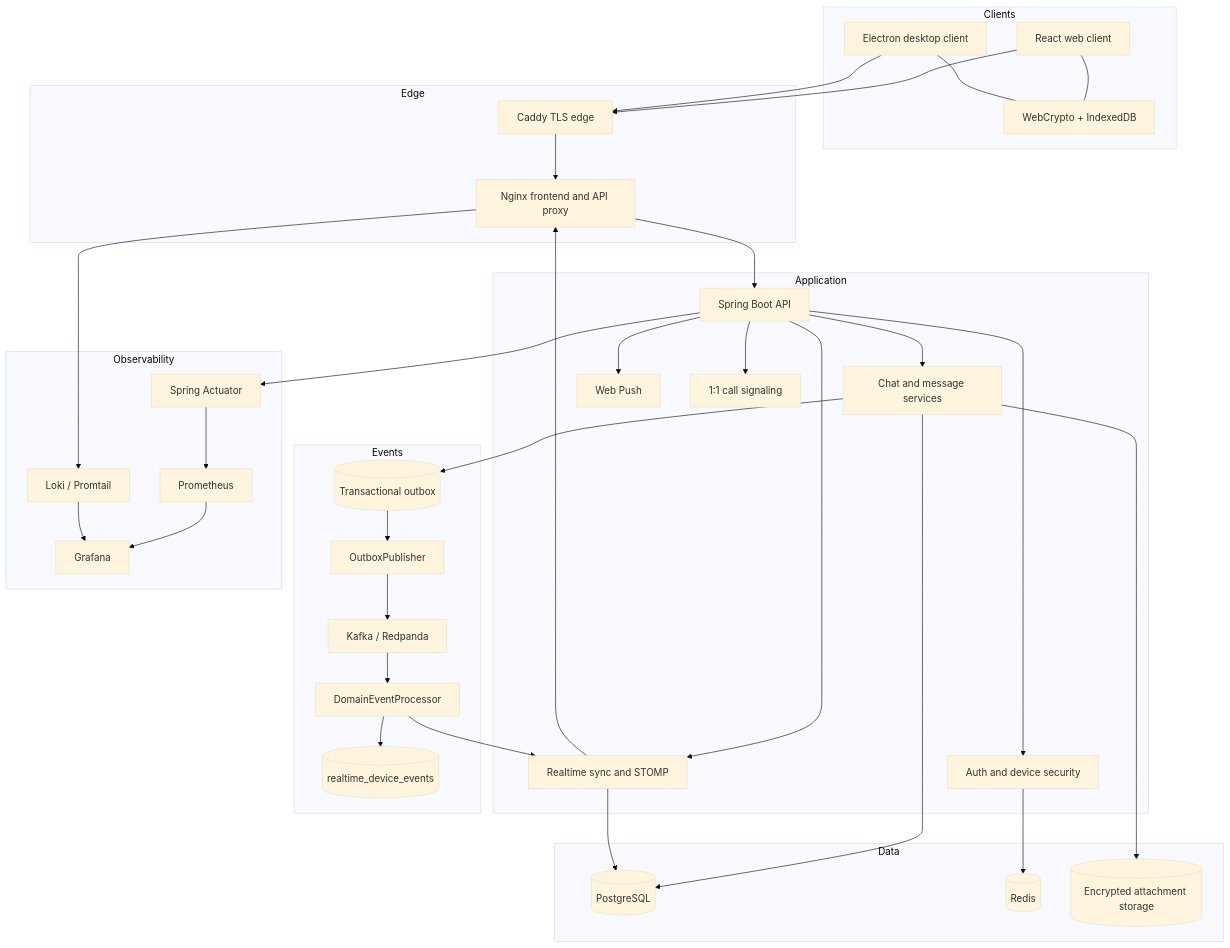
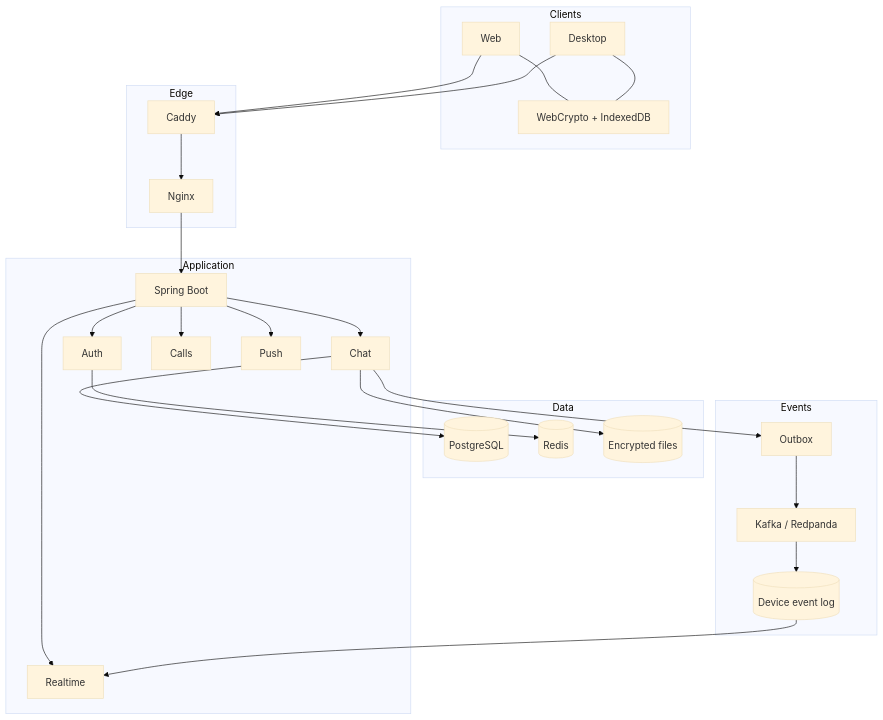
One commit to vaazhen/chaos-e2ee-messenger changed the diagram in README.md. Above: the diagram before and after it, drawn with Mermaid (base theme). The commit also changed other lines of this file and 1 other file, not shown here.

First line of the commit message:
docs: present Chaos as a product, not a debugging log

````diff
--- a/README.md
+++ b/README.md
@@ -275,71 +120,53 @@
 ```mermaid
 flowchart TB
     subgraph Clients
-        WEB[React web client]
-        DESKTOP[Electron desktop client]
+        WEB[Web]
+        DESKTOP[Desktop]
         CRYPTO[WebCrypto + IndexedDB]
         WEB --- CRYPTO
         DESKTOP --- CRYPTO
     end
 
     subgraph Edge
-        CADDY[Caddy TLS edge]
-        NGINX[Nginx frontend and API proxy]
+        CADDY[Caddy]
+        NGINX[Nginx]
     end
 
     subgraph Application
-        API[Spring Boot API]
-        AUTH[Auth and device security]
-        CHAT[Chat and message services]
-        RT[Realtime sync and STOMP]
-        PUSH[Web Push]
-        CALLS[1:1 call signaling]
+        API[Spring Boot]
+        AUTH[Auth]
+        CHAT[Chat]
+        RT[Realtime]
+        CALLS[Calls]
+        PUSH[Push]
     end
 
     subgraph Data
         PG[(PostgreSQL)]
         REDIS[(Redis)]
-        BLOB[(Encrypted attachment storage)]
+        BLOB[(Encrypted files)]
     end
 
     subgraph Events
-        OUTBOX[(Transactional outbox)]
-        PUB[OutboxPublisher]
+        OUTBOX[Outbox]
         KAFKA[Kafka / Redpanda]
-        PROC[DomainEventProcessor]
-        DURABLE[(realtime_device_events)]
-    end
-
-    subgraph Observability
-        ACT[Spring Actuator]
-        PROM[Prometheus]
-        LOKI[Loki / Promtail]
-        GRAFANA[Grafana]
+        DURABLE[(Device event log)]
     end
 
     WEB --> CADDY
     DESKTOP --> CADDY
     CADDY --> NGINX
     NGINX --> API
     API --> AUTH
     API --> CHAT
     API --> RT
+    API --> CALLS
     API --> PUSH
-    API --> CALLS
     AUTH --> REDIS
     CHAT --> PG
     CHAT --> BLOB
     CHAT --> OUTBOX
-    OUTBOX --> PUB
-    PUB --> KAFKA
-    KAFKA --> PROC
-    PROC --> DURABLE
-    PROC --> RT
-    RT --> PG
-    RT --> NGINX
-    API --> ACT
-    ACT --> PROM
-    NGINX --> LOKI
-    PROM --> GRAFANA
-    LOKI --> GRAFANA
+    OUTBOX --> KAFKA
+    KAFKA --> DURABLE
+    DURABLE --> RT
 ```
````
